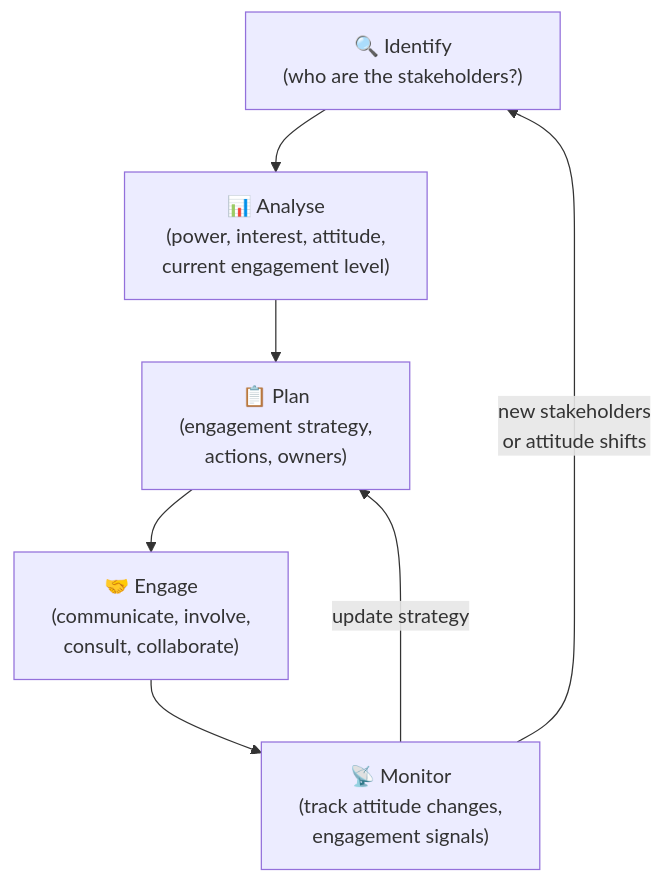
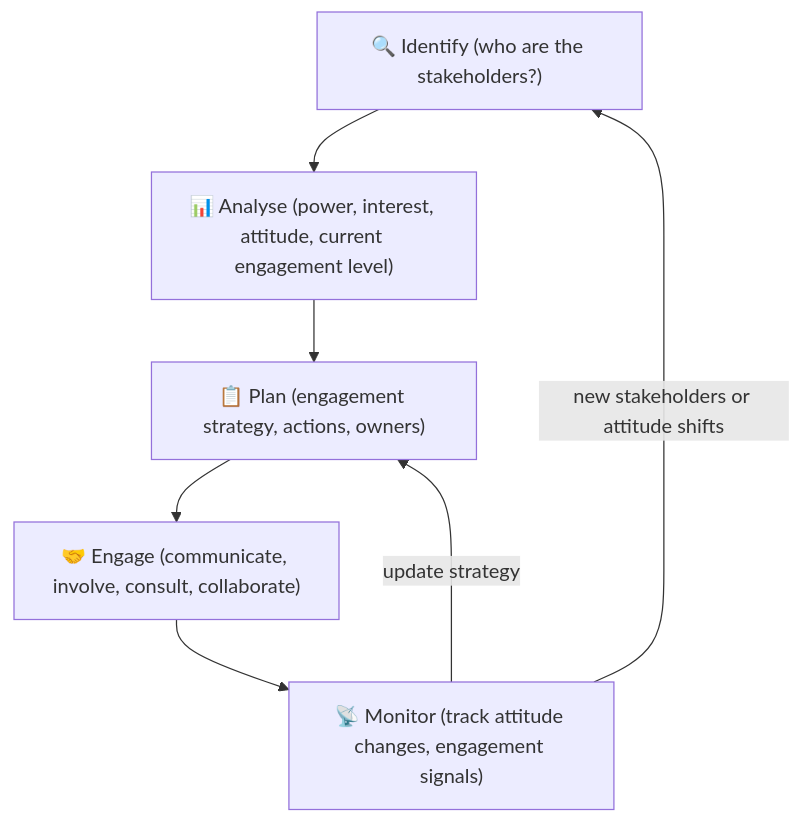
One commit to UncleJS/course_projectManagement changed the second of 2 diagrams in modules/09-stakeholder-management.md. Above: the diagram before and after it, drawn with Mermaid. The commit also changed 16 other files, not shown here.

Commit message:
Fix Mermaid rendering: remove literal \n from all diagram labels; quote unquoted & in flowchart nodes

````diff
--- a/modules/09-stakeholder-management.md
+++ b/modules/09-stakeholder-management.md
@@ -143,11 +143,11 @@
 ```mermaid
 flowchart TD
-    ID["🔍 Identify\n(who are the stakeholders?)"]
-    AN["📊 Analyse\n(power, interest, attitude,\ncurrent engagement level)"]
-    PL["📋 Plan\n(engagement strategy,\nactions, owners)"]
-    EN["🤝 Engage\n(communicate, involve,\nconsult, collaborate)"]
-    MO["📡 Monitor\n(track attitude changes,\nengagement signals)"]
+    ID["🔍 Identify (who are the stakeholders?)"]
+    AN["📊 Analyse (power, interest, attitude, current engagement level)"]
+    PL["📋 Plan (engagement strategy, actions, owners)"]
+    EN["🤝 Engage (communicate, involve, consult, collaborate)"]
+    MO["📡 Monitor (track attitude changes, engagement signals)"]
     ID --> AN --> PL --> EN --> MO
-    MO -->|"new stakeholders\nor attitude shifts"| ID
+    MO -->|"new stakeholders or attitude shifts"| ID
     MO -->|"update strategy"| PL
 ```
````
